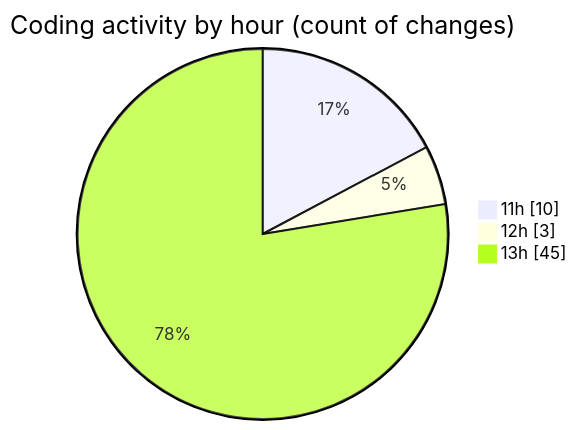
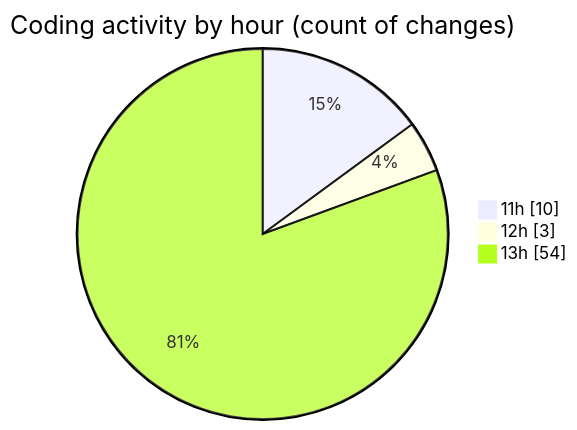
Before and after one commit to momahboobian/code-tracking: the second of 2 diagrams in 2025-02-14/cda/README.md, drawn with Mermaid. The commit also changed other lines of this file and 1 other file, not shown here.

````diff
--- a/2025-02-14/cda/README.md
+++ b/2025-02-14/cda/README.md
@@ -32,7 +32,7 @@
 ```mermaid
 pie showData
 title Coding activity by hour (count of changes)
 "11h" : 10
 "12h" : 3
-"13h" : 45
+"13h" : 54
 ```
````
